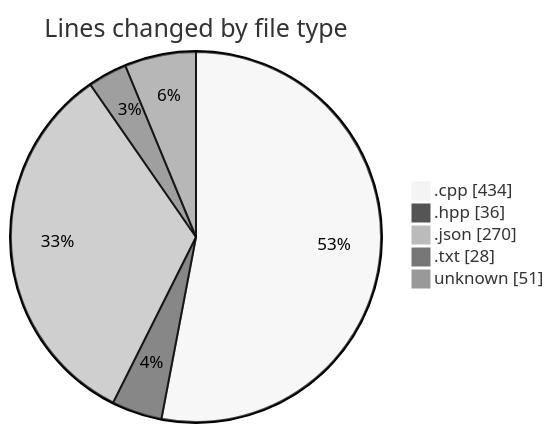
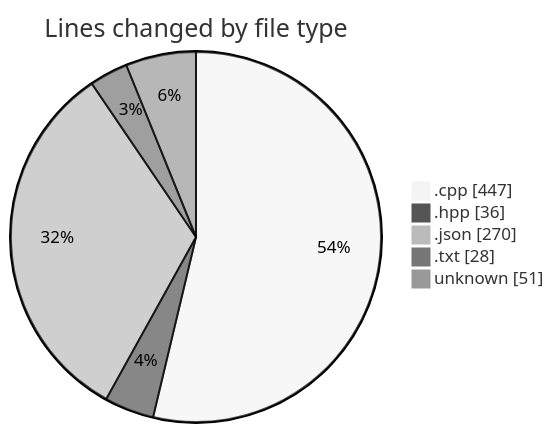
Before and after one commit to Netris89/code-tracking: the first of 2 diagrams in 2025-04-06/echo/README.md, drawn with Mermaid (neutral theme). The commit also changed other lines of this file and 1 other file, not shown here.

````diff
--- a/2025-04-06/echo/README.md
+++ b/2025-04-06/echo/README.md
@@ -25,9 +25,9 @@
 ```mermaid
 pie showData
 title Lines changed by file type
-".cpp" : 434
+".cpp" : 447
 ".hpp" : 36
 ".json" : 270
 ".txt" : 28
 "unknown" : 51
 ```
````
